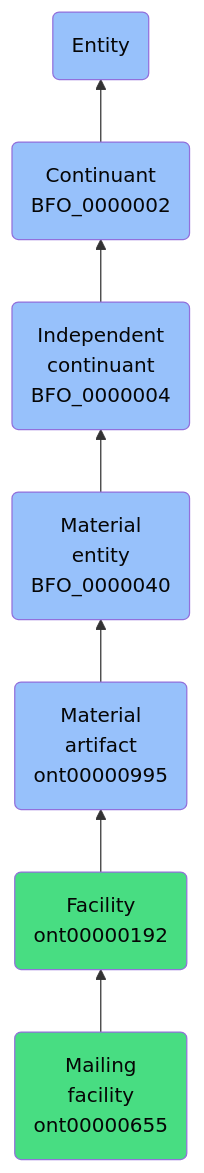
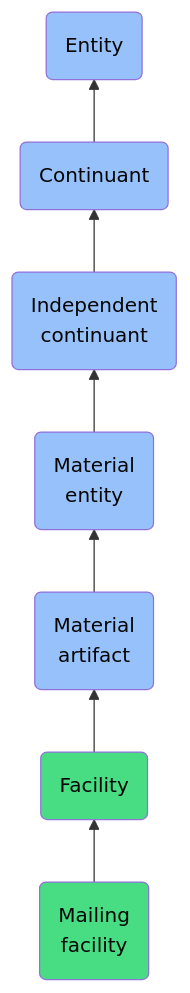
The diagram in docs/ontology/reference/model/Entity/Continuant/Independent continuant/Material entity/Material artifact/Facility/Mailing facility/Mailing facility.md (jupyter-naas/abi), drawn with Mermaid before and after one commit. The commit also changed other lines of this file and 1430 other files, not shown here.

````diff
--- a/docs/ontology/reference/model/Entity/Continuant/Independent continuant/Material entity/Material artifact/Facility/Mailing facility/Mailing facility.md
+++ b/docs/ontology/reference/model/Entity/Continuant/Independent continuant/Material entity/Material artifact/Facility/Mailing facility/Mailing facility.md
@@ -24,14 +24,14 @@
 ```mermaid
 graph BT
-    ont00000655(Mailing<br>facility<br>ont00000655):::ABI-->ont00000192
-    ont00000192(Facility<br>ont00000192):::ABI-->ont00000995
-    ont00000995(Material<br>artifact<br>ont00000995):::BFO-->BFO_0000040
-    BFO_0000040(Material<br>entity<br>BFO_0000040):::BFO-->BFO_0000004
-    BFO_0000004(Independent<br>continuant<br>BFO_0000004):::BFO-->BFO_0000002
-    BFO_0000002(Continuant<br>BFO_0000002):::BFO-->BFO_0000001
+    ont00000655(Mailing<br>facility):::ABI-->ont00000192
+    ont00000192(Facility):::ABI-->ont00000995
+    ont00000995(Material<br>artifact):::BFO-->BFO_0000040
+    BFO_0000040(Material<br>entity):::BFO-->BFO_0000004
+    BFO_0000004(Independent<br>continuant):::BFO-->BFO_0000002
+    BFO_0000002(Continuant):::BFO-->BFO_0000001
     BFO_0000001(Entity):::BFO
     
     classDef BFO fill:#97c1fb,color:#060606
     classDef CCO fill:#e4c51e,color:#060606
     classDef ABI fill:#48DD82,color:#060606
 ```
````
